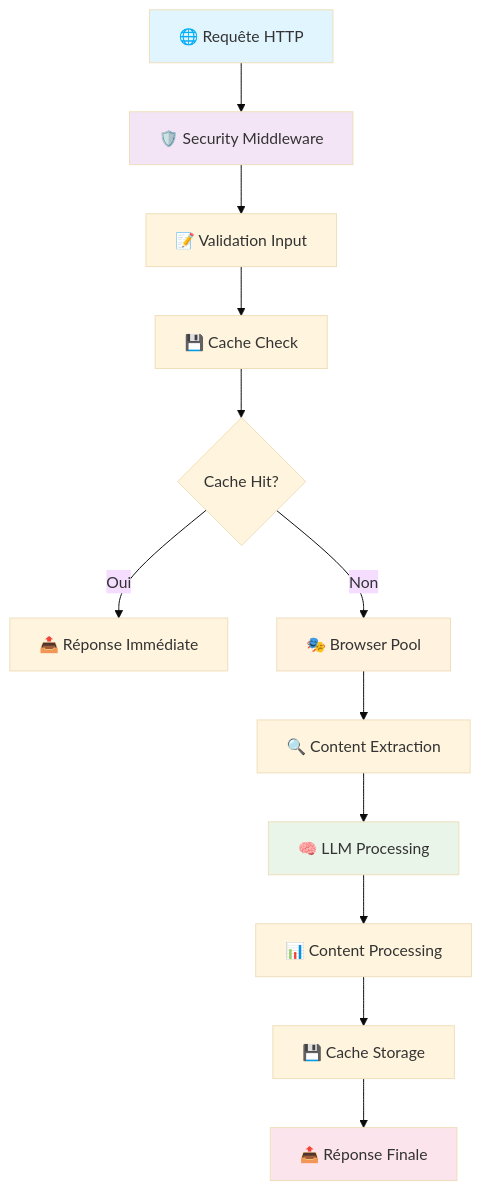
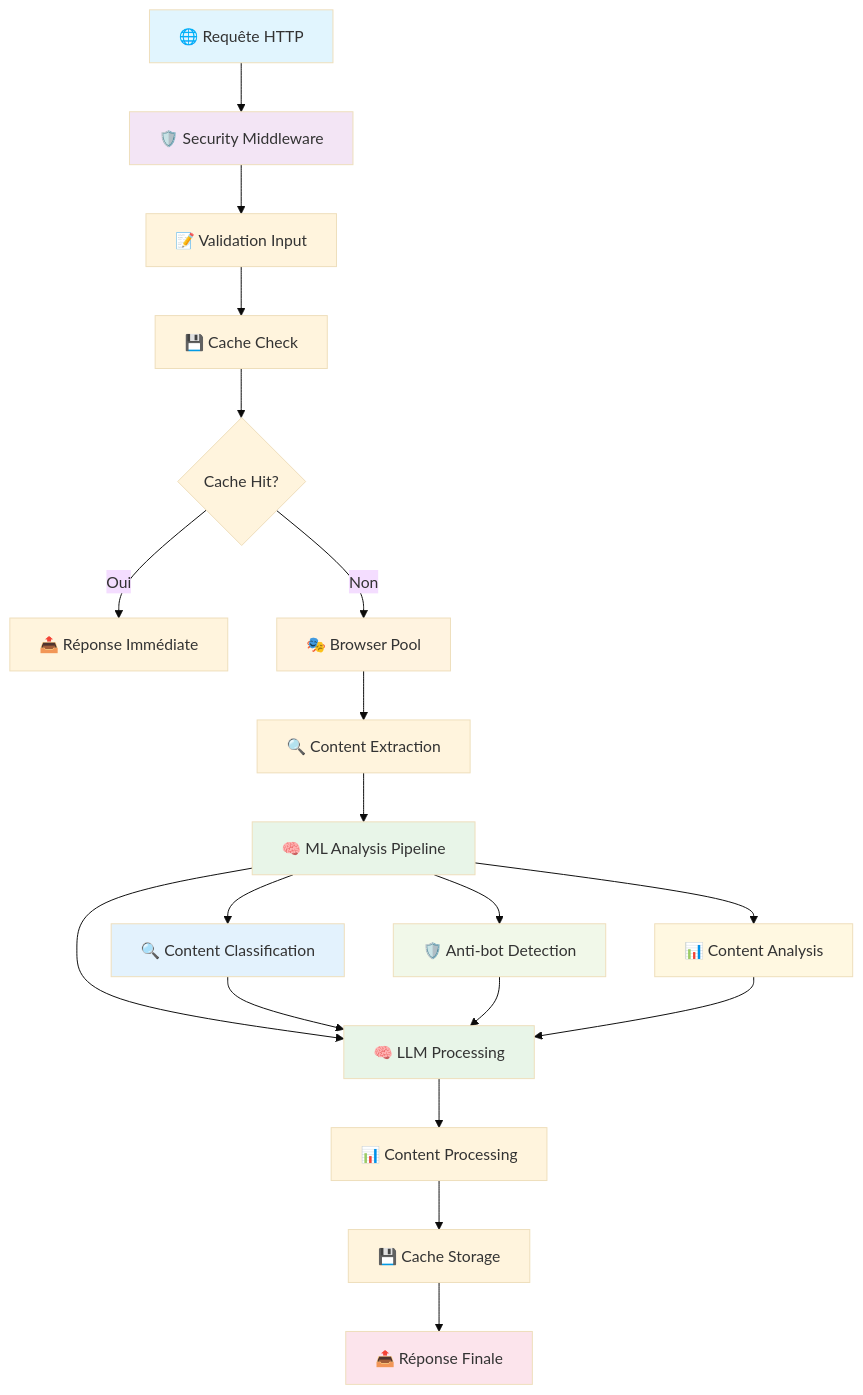
Before and after one commit to 2501Pr0ject/Scrapinium: the diagram in docs/ARCHITECTURE.md, drawn with Mermaid (base theme). The commit also changed other lines of this file and 24 other files, not shown here.

````diff
--- a/docs/ARCHITECTURE.md
+++ b/docs/ARCHITECTURE.md
@@ -247,20 +334,32 @@
 ```mermaid
 graph TB
     A[🌐 Requête HTTP] --> B[🛡️ Security Middleware]
     B --> C[📝 Validation Input]
     C --> D[💾 Cache Check]
     D --> E{Cache Hit?}
     E -->|Oui| F[📤 Réponse Immédiate]
     E -->|Non| G[🎭 Browser Pool]
     G --> H[🔍 Content Extraction]
-    H --> I[🧠 LLM Processing]
-    I --> J[📊 Content Processing]
-    J --> K[💾 Cache Storage]
-    K --> L[📤 Réponse Finale]
+    H --> I[🧠 ML Analysis Pipeline]
+    I --> J[🧠 LLM Processing]
+    J --> K[📊 Content Processing]
+    K --> L[💾 Cache Storage]
+    L --> M[📤 Réponse Finale]
+    
+    I --> I1[🔍 Content Classification]
+    I --> I2[🛡️ Anti-bot Detection] 
+    I --> I3[📊 Content Analysis]
+    I1 --> J
+    I2 --> J
+    I3 --> J
     
     style A fill:#e1f5fe
     style B fill:#f3e5f5
     style G fill:#fff3e0
     style I fill:#e8f5e8
-    style L fill:#fce4ec
+    style I1 fill:#e3f2fd
+    style I2 fill:#f1f8e9
+    style I3 fill:#fff8e1
+    style J fill:#e8f5e8
+    style M fill:#fce4ec
 ```
````
